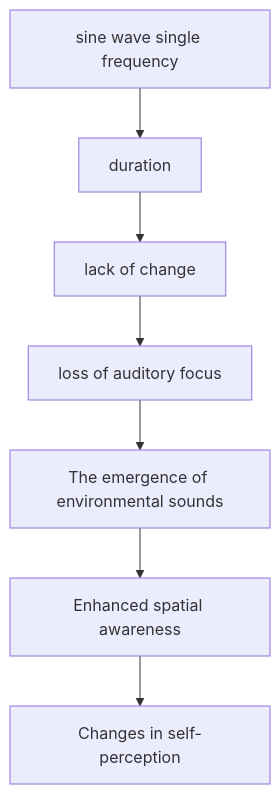
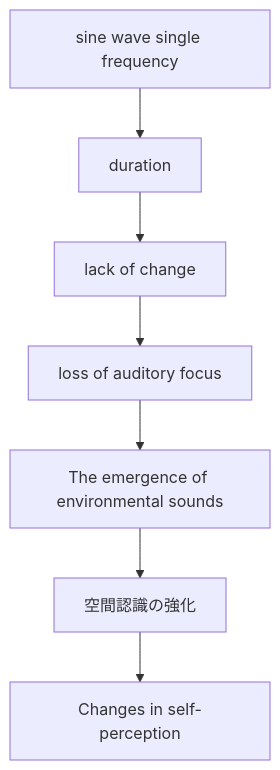
The first of 11 diagrams in en/_posts/2026-04-18-column-sachiko-m.md (monumental-movement/monumental-movement.github.io), drawn with Mermaid before and after one commit. The commit also changed other lines of this file and 445 other files, not shown here.

```diff
--- a/en/_posts/2026-04-18-column-sachiko-m.md
+++ b/en/_posts/2026-04-18-column-sachiko-m.md
@@ -216,9 +216,9 @@
 <div class="mermaid">
 flowchart TD
     A[sine wave single frequency] --> B[duration]
     B --> C[lack of change]
     C --> D[loss of auditory focus]
     D --> E[The emergence of environmental sounds]
-    E --> F[Enhanced spatial awareness]
+    E --> F[空間認識の強化]
     F --> G[Changes in self-perception]
 </div>
```
